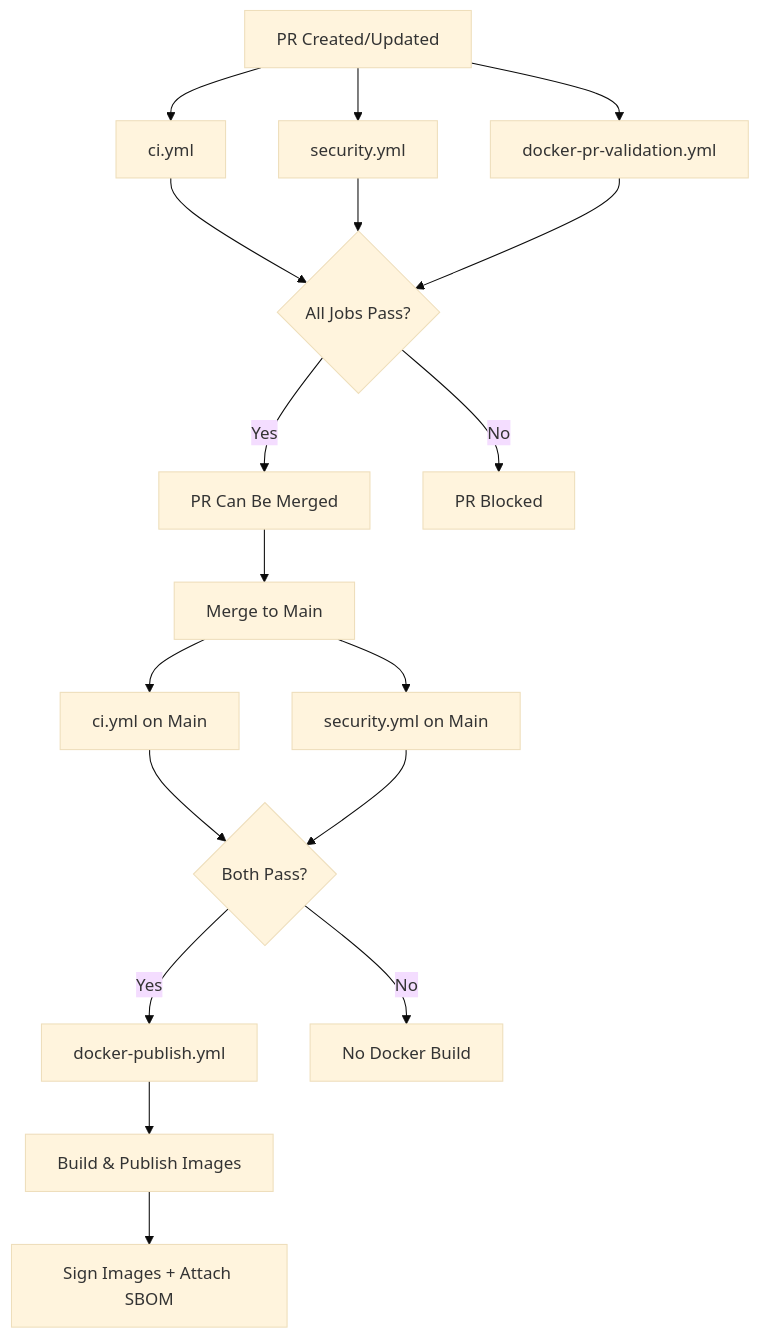
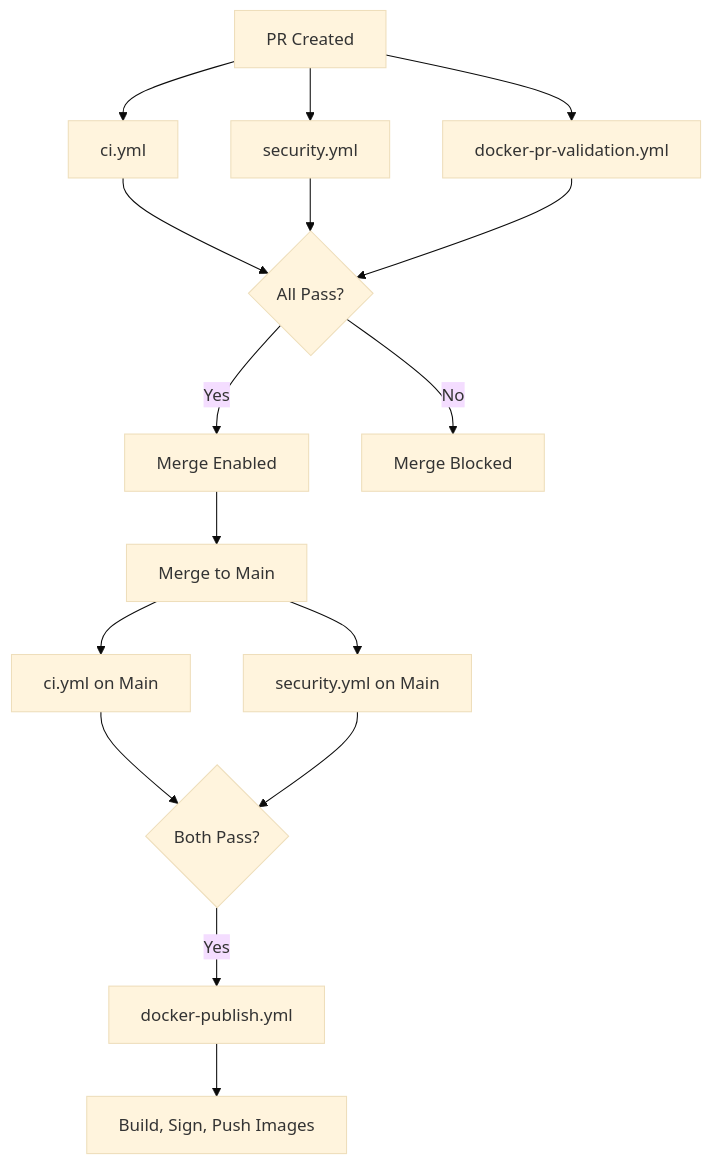
The diagram in docs/development/branch-protection.md (3soos3/solve-it-mcp), drawn with Mermaid (base theme) before and after one commit. The commit also changed other lines of this file and 56 other files, not shown here.

First line of the commit message:
feat: forensic metadata, live/latest/release Docker images, CI architecture redesign, and docs rewrite (#73)

````diff
--- a/docs/development/branch-protection.md
+++ b/docs/development/branch-protection.md
@@ -100,26 +19,23 @@
 ```mermaid
 graph TD
-    A[PR Created/Updated] --> B[ci.yml]
+    A[PR Created] --> B[ci.yml]
     A --> C[security.yml]
     A --> D[docker-pr-validation.yml]
-    
-    B --> E{All Jobs Pass?}
+
+    B --> E{All Pass?}
     C --> E
     D --> E
-    
-    E -->|Yes| F[PR Can Be Merged]
-    E -->|No| G[PR Blocked]
-    
+
+    E -->|Yes| F[Merge Enabled]
+    E -->|No| G[Merge Blocked]
+
     F --> H[Merge to Main]
     H --> I[ci.yml on Main]
     H --> J[security.yml on Main]
-    
+
     I --> K{Both Pass?}
     J --> K
-    
+
     K -->|Yes| L[docker-publish.yml]
-    K -->|No| M[No Docker Build]
-    
-    L --> N[Build & Publish Images]
-    N --> O[Sign Images + Attach SBOM]
+    L --> M[Build, Sign, Push Images]
 ```
````
